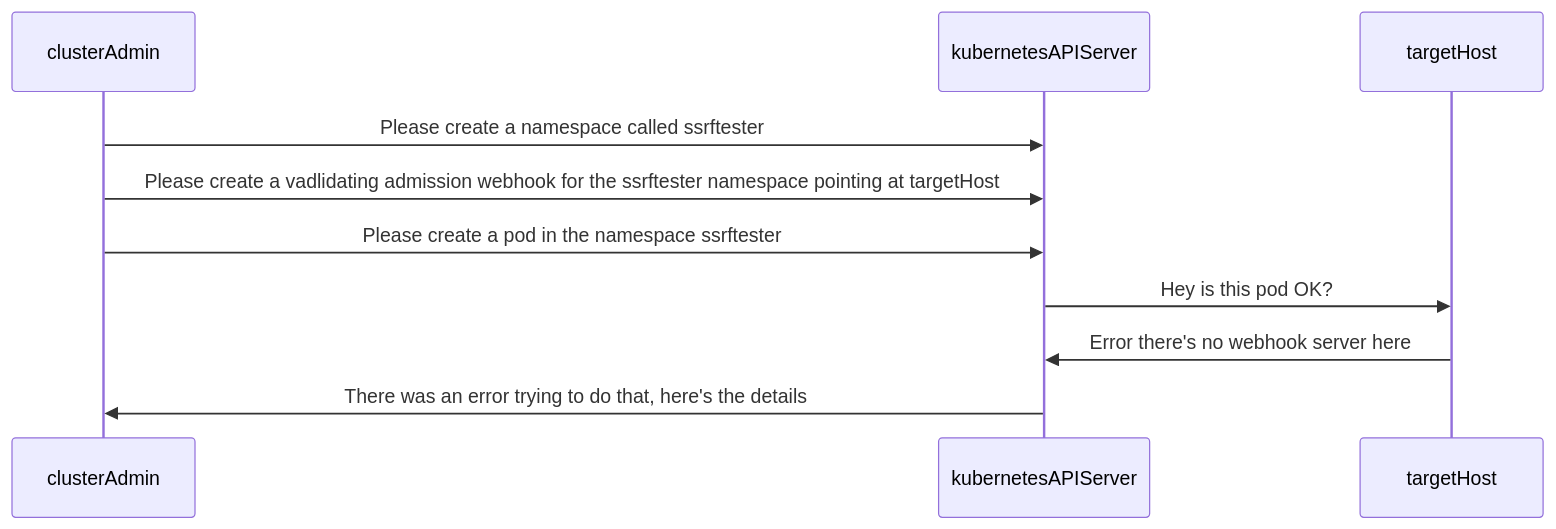
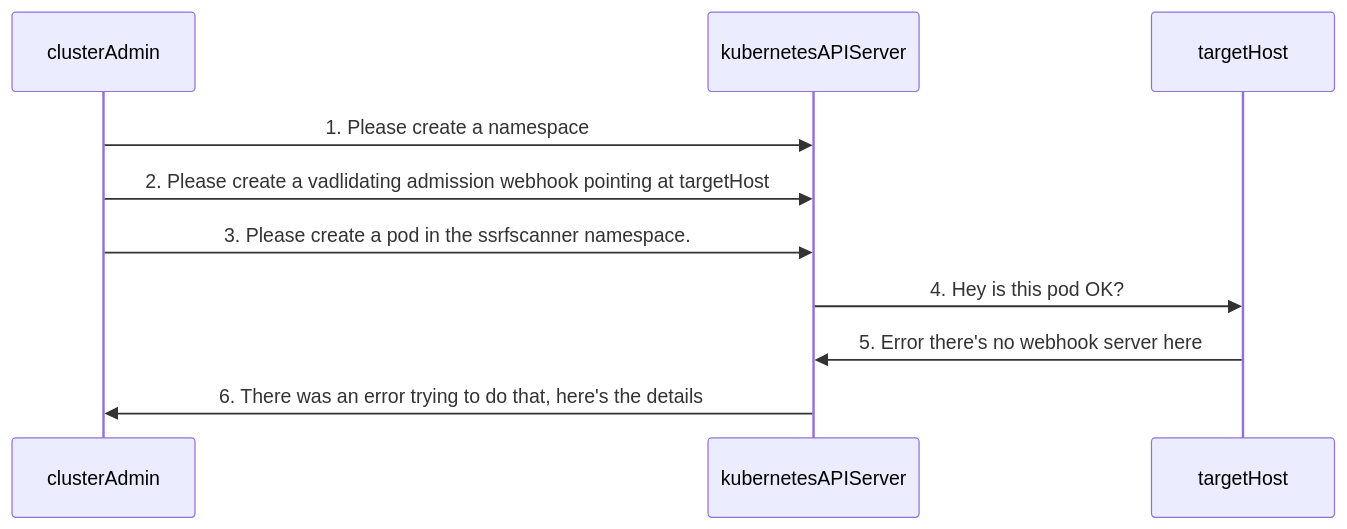
Before and after one commit to raesene/k8s_ssrf_portscanner: the diagram in README.md, drawn with Mermaid. The commit also changed other lines of this file, not shown here.

Commit message:
update README and diagram

````diff
--- a/README.md
+++ b/README.md
@@ -28,12 +28,12 @@
 ```mermaid
 sequenceDiagram
 participant clusterAdmin
 participant kubernetesAPIServer
 participant targetHost
-clusterAdmin->>kubernetesAPIServer: Please create a namespace called ssrftester
-clusterAdmin->>kubernetesAPIServer: Please create a vadlidating admission webhook for the ssrftester namespace pointing at targetHost
-clusterAdmin->>kubernetesAPIServer: Please create a pod in the namespace ssrftester
-kubernetesAPIServer->>targetHost: Hey is this pod OK?
-targetHost->>kubernetesAPIServer: Error there's no webhook server here
-kubernetesAPIServer->>clusterAdmin: There was an error trying to do that, here's the details
+clusterAdmin->>kubernetesAPIServer: 1. Please create a namespace
+clusterAdmin->>kubernetesAPIServer: 2. Please create a vadlidating admission webhook pointing at targetHost
+clusterAdmin->>kubernetesAPIServer: 3. Please create a pod in the ssrfscanner namespace.
+kubernetesAPIServer->>targetHost: 4. Hey is this pod OK?
+targetHost->>kubernetesAPIServer: 5. Error there's no webhook server here
+kubernetesAPIServer->>clusterAdmin: 6. There was an error trying to do that, here's the details
 ```
````
